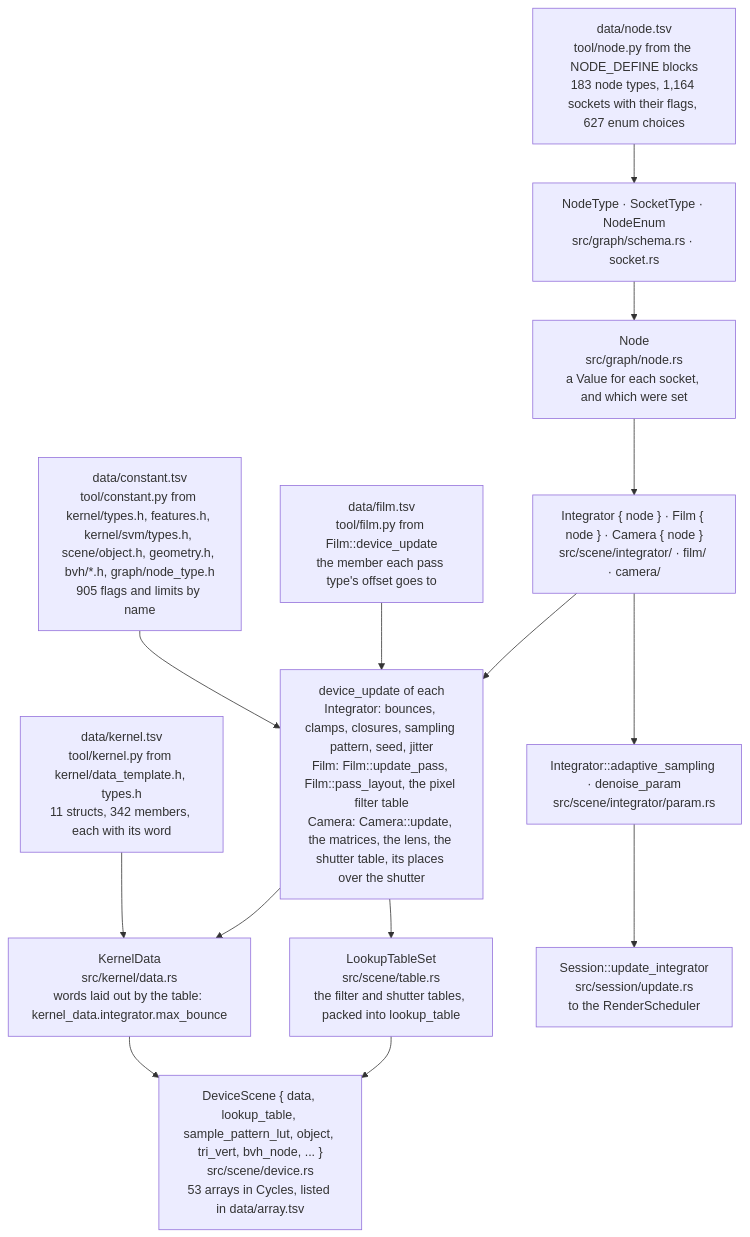
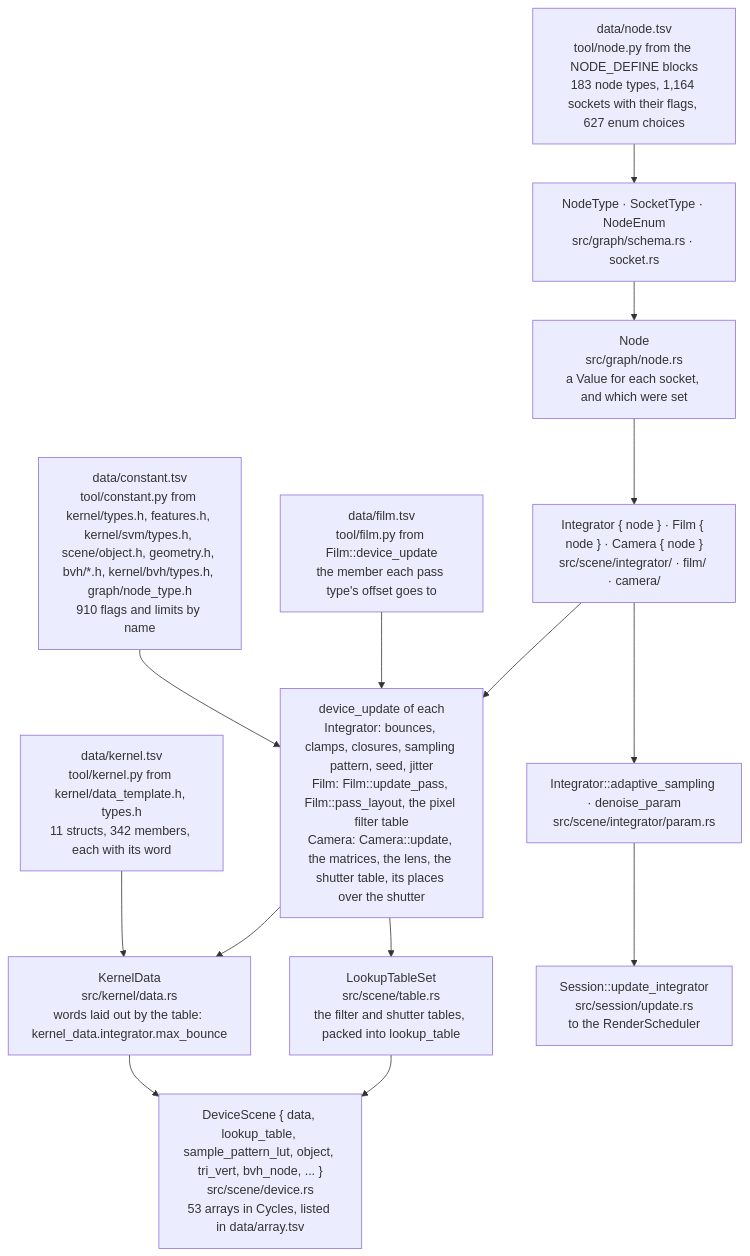
Before and after one commit to gemphi/phikit: the fifth of 12 diagrams in crates/cycles/FLOW.md, drawn with Mermaid. The commit also changed other lines of this file and 55 other files, not shown here.

Commit message:
cycles: the main checkout's uncommitted kernel work (BVH traversal, triangle hit, ray, globals, sampling), saved as found

````diff
--- a/crates/cycles/FLOW.md
+++ b/crates/cycles/FLOW.md
@@ -122,22 +122,22 @@
 ```mermaid
 graph TB
     t1["data/node.tsv<br/>tool/node.py from the NODE_DEFINE blocks<br/>183 node types, 1,164 sockets with their flags, 627 enum choices"]
     t2["data/kernel.tsv<br/>tool/kernel.py from kernel/data_template.h, types.h<br/>11 structs, 342 members, each with its word"]
-    t3["data/constant.tsv<br/>tool/constant.py from kernel/types.h, features.h, kernel/svm/types.h, scene/object.h, geometry.h, bvh/*.h, graph/node_type.h<br/>905 flags and limits by name"]
+    t3["data/constant.tsv<br/>tool/constant.py from kernel/types.h, features.h, kernel/svm/types.h, scene/object.h, geometry.h, bvh/*.h, kernel/bvh/types.h, graph/node_type.h<br/>910 flags and limits by name"]
     t4["data/film.tsv<br/>tool/film.py from Film::device_update<br/>the member each pass type's offset goes to"]
     n1["NodeType · SocketType · NodeEnum<br/>src/graph/schema.rs · socket.rs"]
     n2["Node<br/>src/graph/node.rs<br/>a Value for each socket, and which were set"]
     n3["Integrator { node } · Film { node } · Camera { node }<br/>src/scene/integrator/ · film/ · camera/"]
     n4["device_update of each<br/>Integrator: bounces, clamps, closures, sampling pattern, seed, jitter<br/>Film: Film::update_pass, Film::pass_layout, the pixel filter table<br/>Camera: Camera::update, the matrices, the lens, the shutter table, its places over the shutter"]
     n5["KernelData<br/>src/kernel/data.rs<br/>words laid out by the table: kernel_data.integrator.max_bounce"]
     n6["DeviceScene { data, lookup_table, sample_pattern_lut, object, tri_vert, bvh_node, ... }<br/>src/scene/device.rs<br/>53 arrays in Cycles, listed in data/array.tsv"]
     n9["LookupTableSet<br/>src/scene/table.rs<br/>the filter and shutter tables, packed into lookup_table"]
     n7["Integrator::adaptive_sampling · denoise_param<br/>src/scene/integrator/param.rs"]
     n8["Session::update_integrator<br/>src/session/update.rs<br/>to the RenderScheduler"]
     t1 --> n1 --> n2 --> n3 --> n4 --> n5 --> n6
     t2 --> n5
     t3 --> n4
     t4 --> n4
     n4 --> n9 --> n6
     n3 --> n7 --> n8
 ```
````
